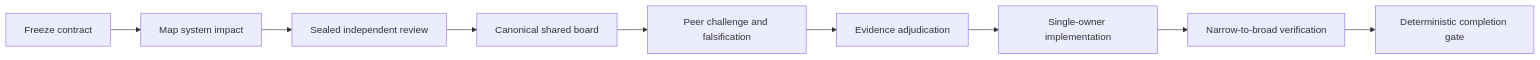
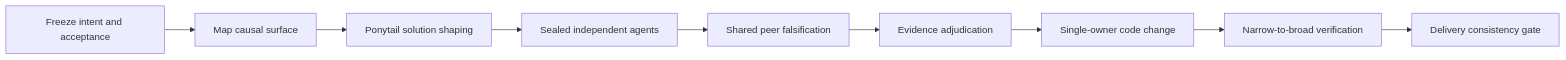
One commit to Mai-xiyu/wide-lens-engineering changed the diagram in README.md. Above: the diagram before and after it, drawn with Mermaid. The commit also changed other lines of this file and 8 other files, not shown here.

````diff
--- a/README.md
+++ b/README.md
@@ -20,11 +30,11 @@
 ```mermaid
 flowchart LR
-    A["Freeze contract"] --> B["Map system impact"]
-    B --> C["Sealed independent review"]
-    C --> D["Canonical shared board"]
-    D --> E["Peer challenge and falsification"]
+    A["Freeze intent and acceptance"] --> B["Map causal surface"]
+    B --> C["Ponytail solution shaping"]
+    C --> D["Sealed independent agents"]
+    D --> E["Shared peer falsification"]
     E --> F["Evidence adjudication"]
-    F --> G["Single-owner implementation"]
+    F --> G["Single-owner code change"]
     G --> H["Narrow-to-broad verification"]
-    H --> I["Deterministic completion gate"]
+    H --> I["Delivery consistency gate"]
 ```
````
